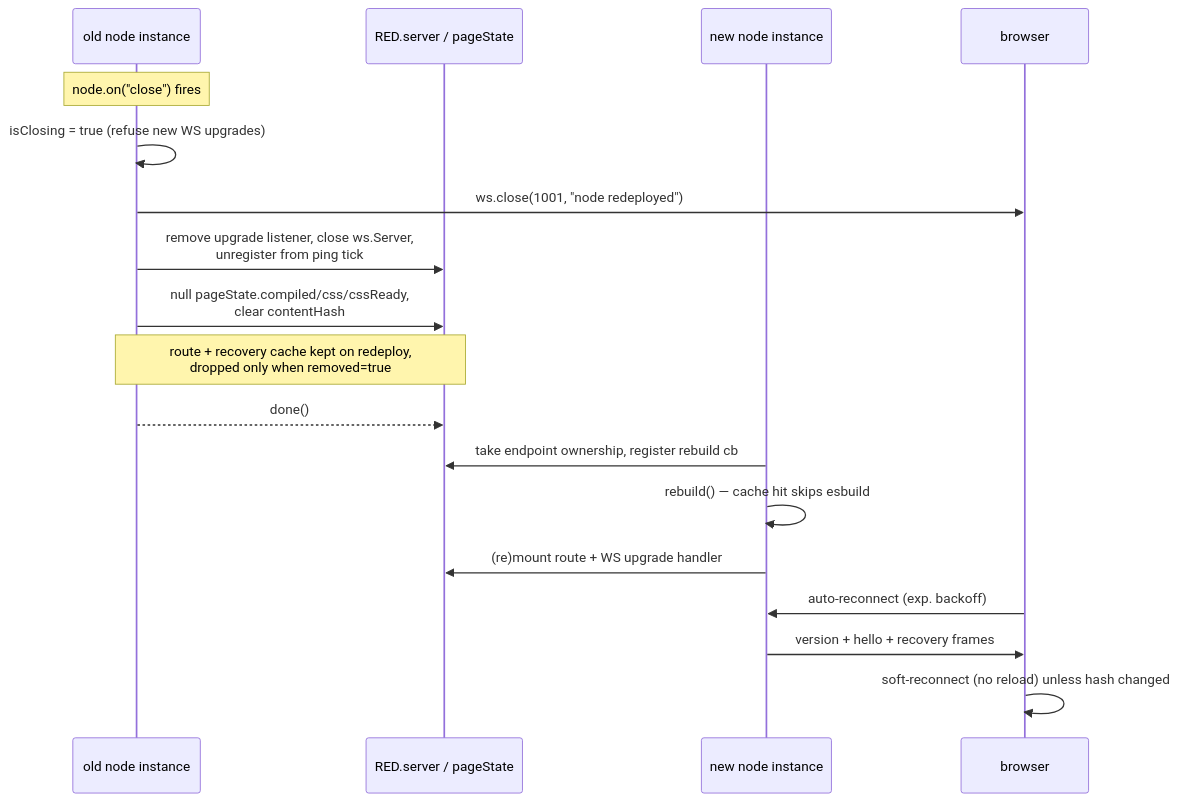
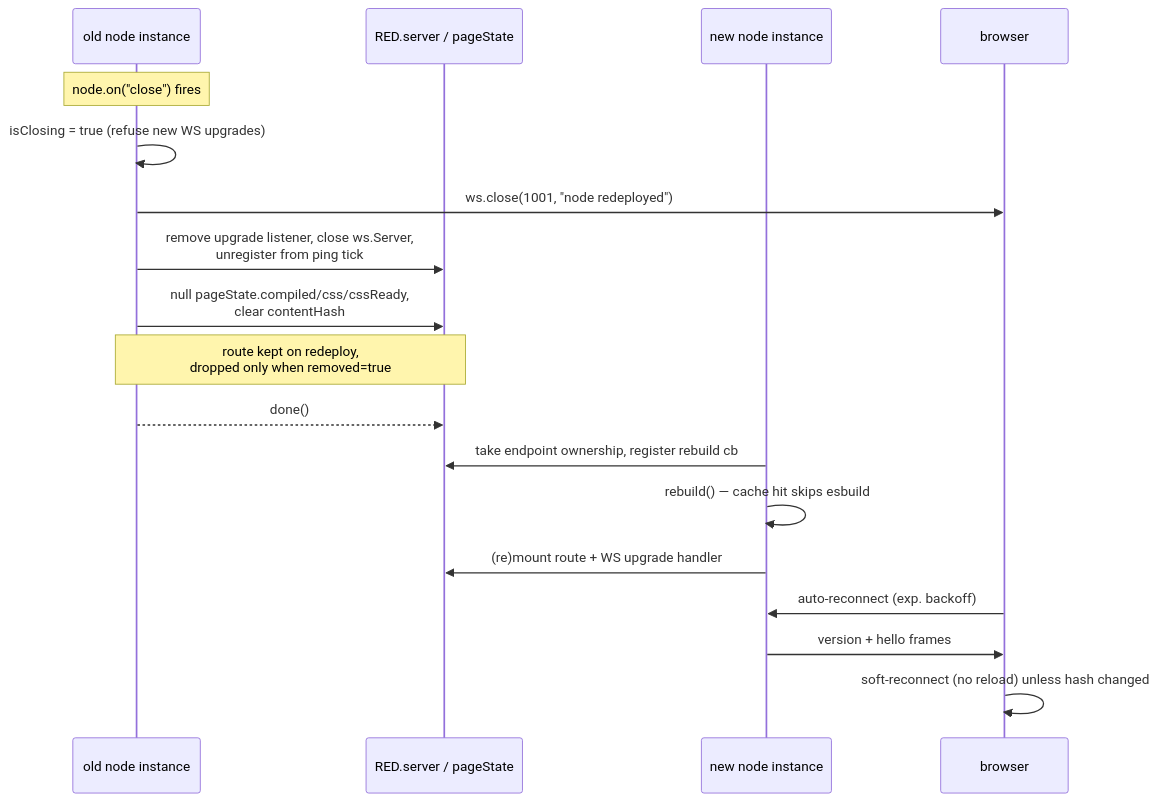
One commit to Aaqu/fromcubes-portal-react changed the fifth of 8 diagrams in README-DEV.md. Above: the diagram before and after it, drawn with Mermaid. The commit also changed other lines of this file and 6 other files, not shown here.

Commit message:
feat: remove last-broadcast recovery cache, fresh clients start empty

````diff
--- a/README-DEV.md
+++ b/README-DEV.md
@@ -245,21 +245,21 @@
 ```mermaid
 sequenceDiagram
   participant Old as old node instance
   participant RED as RED.server / pageState
   participant New as new node instance
   participant B as browser
 
   Note over Old: node.on("close") fires
   Old->>Old: isClosing = true (refuse new WS upgrades)
   Old->>B: ws.close(1001, "node redeployed")
   Old->>RED: remove upgrade listener, close ws.Server,<br/>unregister from ping tick
   Old->>RED: null pageState.compiled/css/cssReady,<br/>clear contentHash
-  Note over Old,RED: route + recovery cache kept on redeploy,<br/>dropped only when removed=true
+  Note over Old,RED: route kept on redeploy,<br/>dropped only when removed=true
   Old-->>RED: done()
   New->>RED: take endpoint ownership, register rebuild cb
   New->>New: rebuild() — cache hit skips esbuild
   New->>RED: (re)mount route + WS upgrade handler
   B->>New: auto-reconnect (exp. backoff)
-  New->>B: version + hello + recovery frames
+  New->>B: version + hello frames
   B->>B: soft-reconnect (no reload) unless hash changed
 ```
````
